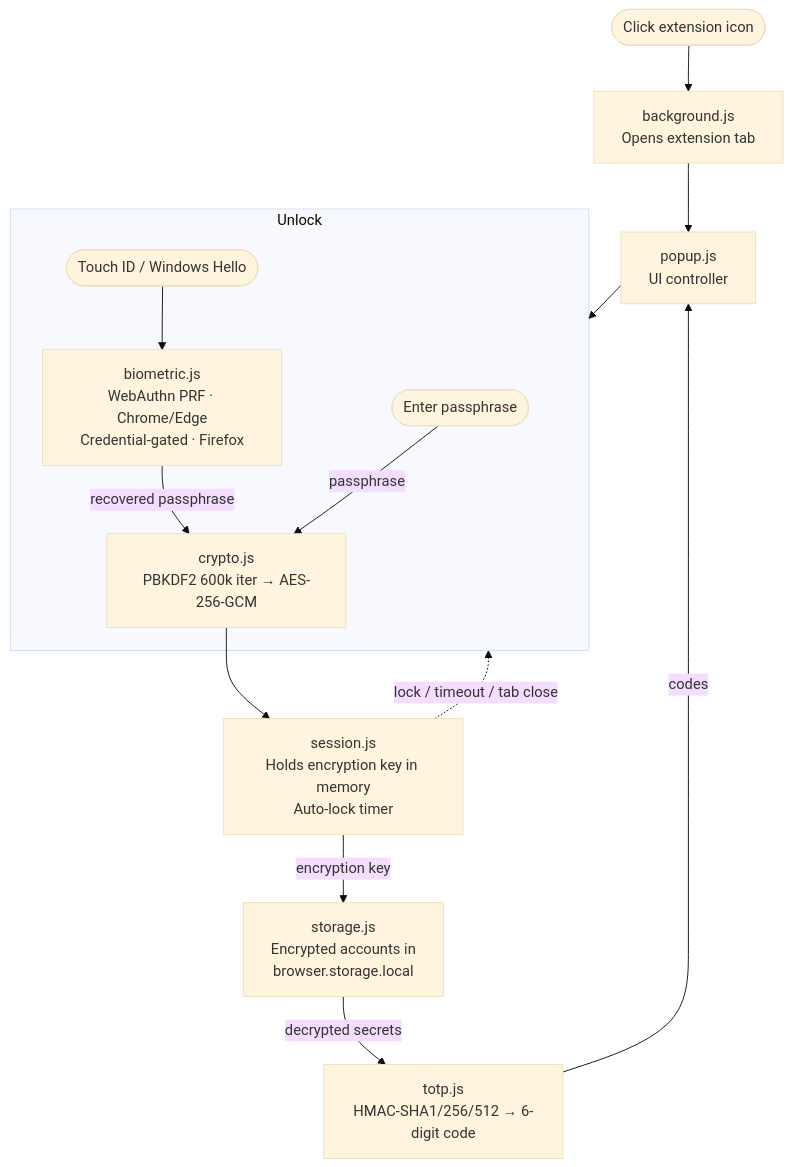
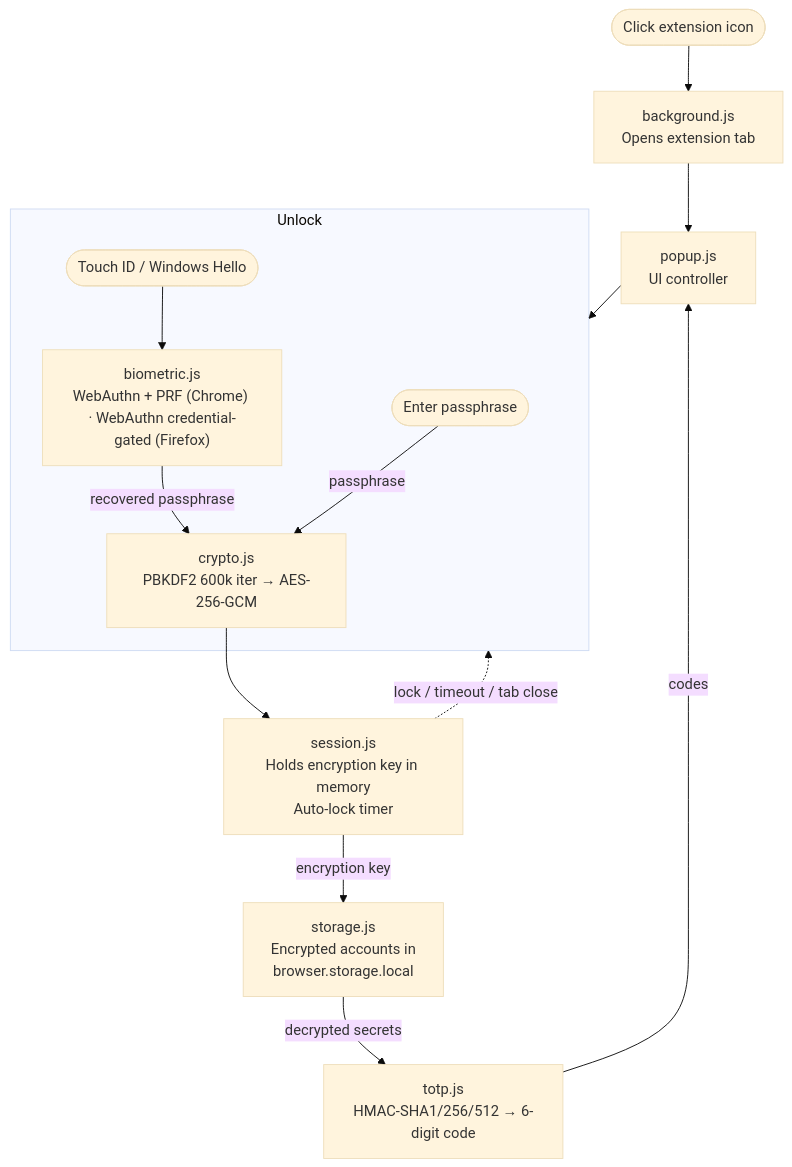
The diagram in README.md (ulyngs/redd-phone-free-2fa), drawn with Mermaid (base theme) before and after one commit.

Commit message:
final tweaks

````diff
--- a/README.md
+++ b/README.md
@@ -47,18 +47,18 @@
 ```mermaid
 flowchart TD
     click(["Click extension icon"]) --> background.js["background.js<br>Opens extension tab"]
     background.js --> popup.js["popup.js<br>UI controller"]
     popup.js --> Unlock
 
     subgraph Unlock
         passphrase(["Enter passphrase"]) --> |"passphrase"| crypto.js["crypto.js<br>PBKDF2 600k iter → AES-256-GCM"]
-        touchid(["Touch ID / Windows Hello"]) --> biometric.js["biometric.js<br>WebAuthn PRF · Chrome/Edge<br>Credential-gated · Firefox"] --> |"recovered passphrase"| crypto.js
+        touchid(["Touch ID / Windows Hello"]) --> biometric.js["biometric.js<br>WebAuthn + PRF (Chrome) · WebAuthn credential-gated (Firefox)"] --> |"recovered passphrase"| crypto.js
     end
 
     crypto.js --> session.js["session.js<br>Holds encryption key in memory<br>Auto-lock timer"]
     session.js --> |"encryption key"| storage.js["storage.js<br>Encrypted accounts in<br>browser.storage.local"]
     storage.js --> |"decrypted secrets"| totp.js["totp.js<br>HMAC-SHA1/256/512 → 6-digit code"]
     totp.js --> |"codes"| popup.js
 
     session.js -. "lock / timeout / tab close" .-> Unlock
 ```
````
